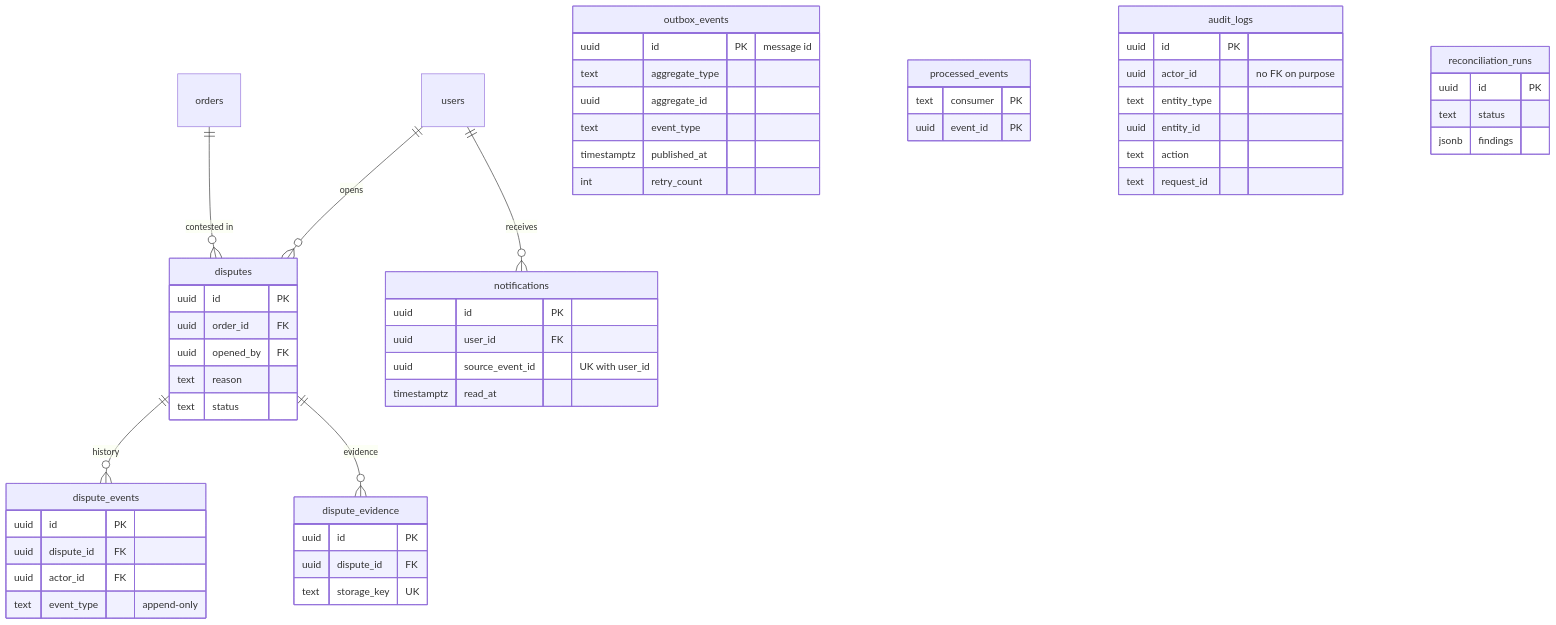
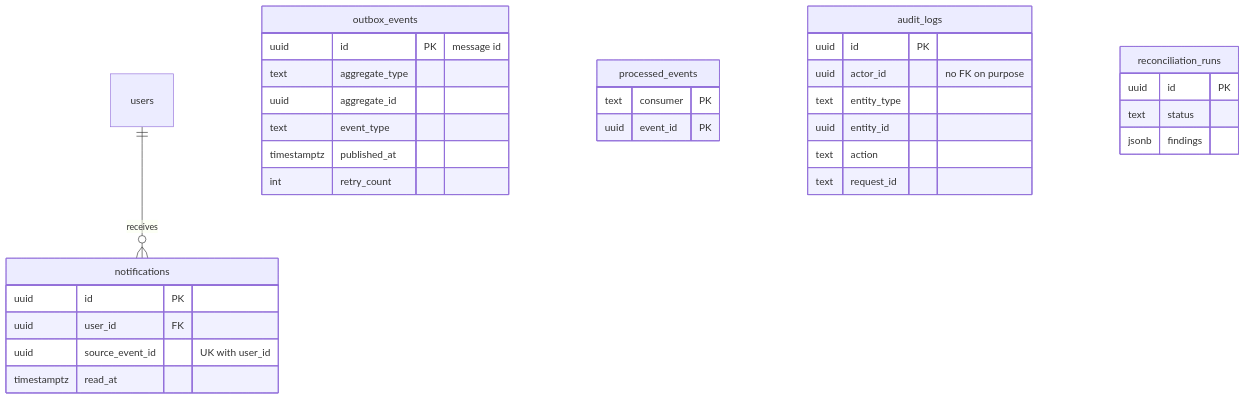
The third of 3 diagrams in docs/database-design.md (asw-beep/TicketLoop), drawn with Mermaid before and after one commit. The commit also changed other lines of this file and 11 other files, not shown here.

First line of the commit message:
Plan: slim the roadmap to seven modules

````diff
--- a/docs/database-design.md
+++ b/docs/database-design.md
@@ -189,58 +171,36 @@
 ```mermaid
 erDiagram
-    orders ||--o{ disputes : "contested in"
-    users ||--o{ disputes : "opens"
-    disputes ||--o{ dispute_events : "history"
-    disputes ||--o{ dispute_evidence : "evidence"
     users ||--o{ notifications : "receives"
 
-    disputes {
-        uuid id PK
-        uuid order_id FK
-        uuid opened_by FK
-        text reason
-        text status
-    }
-    dispute_events {
-        uuid id PK
-        uuid dispute_id FK
-        uuid actor_id FK
-        text event_type "append-only"
-    }
-    dispute_evidence {
-        uuid id PK
-        uuid dispute_id FK
-        text storage_key UK
-    }
     notifications {
         uuid id PK
         uuid user_id FK
         uuid source_event_id "UK with user_id"
         timestamptz read_at
     }
     outbox_events {
         uuid id PK "message id"
         text aggregate_type
         uuid aggregate_id
         text event_type
         timestamptz published_at
         int retry_count
     }
     processed_events {
         text consumer PK
         uuid event_id PK
     }
     audit_logs {
         uuid id PK
         uuid actor_id "no FK on purpose"
         text entity_type
         uuid entity_id
         text action
         text request_id
     }
     reconciliation_runs {
         uuid id PK
         text status
         jsonb findings
     }
 ```
````
